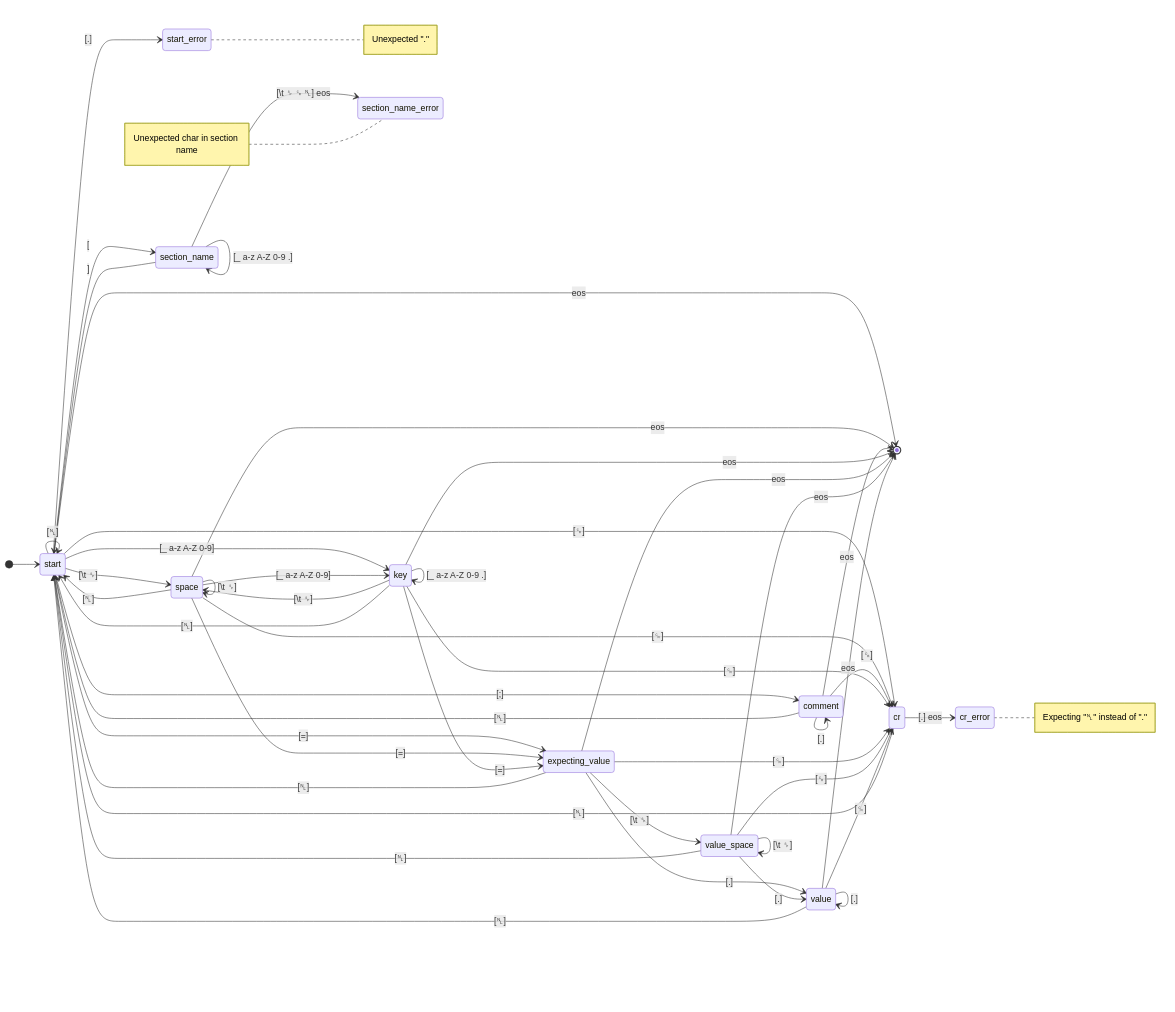
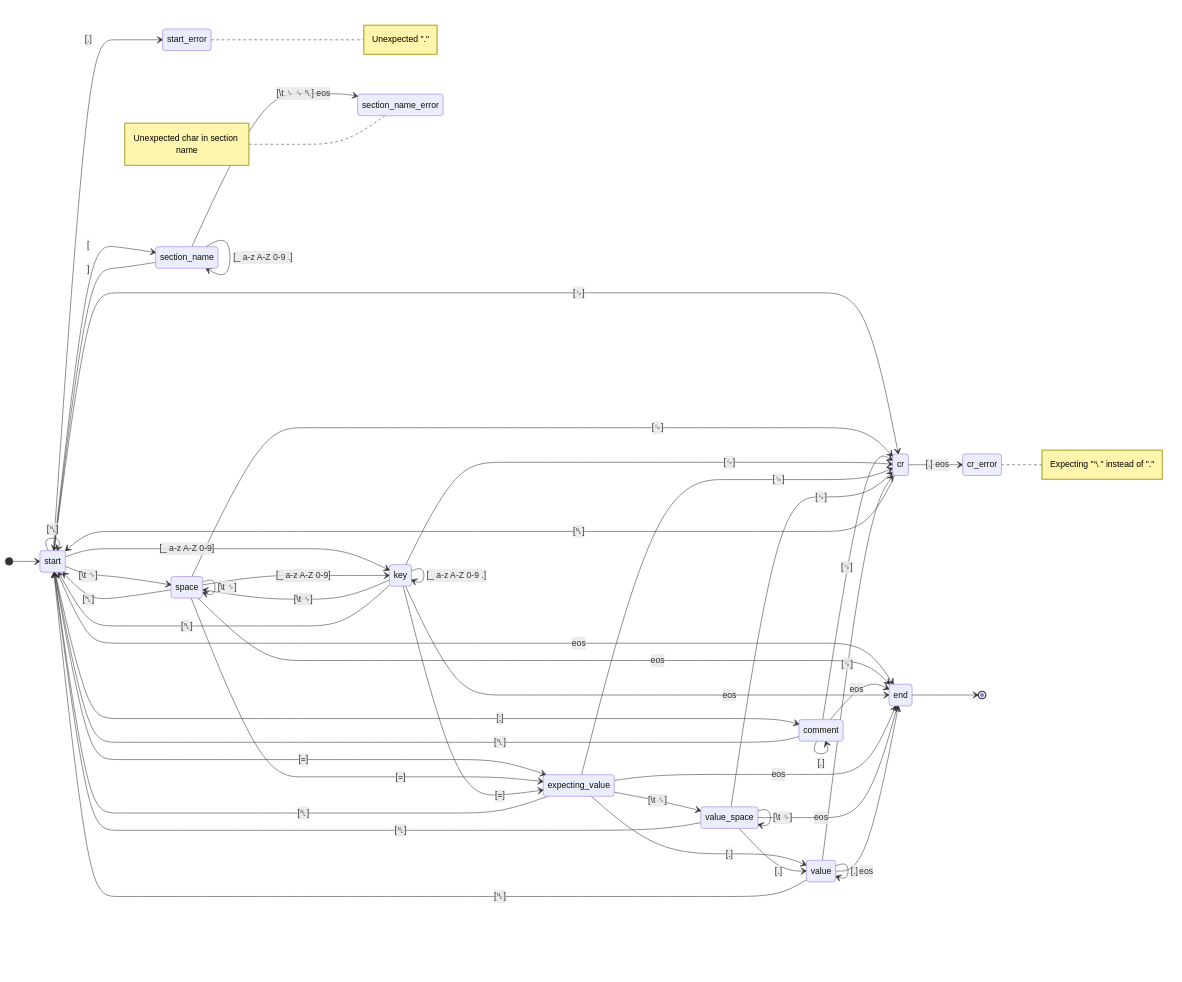
The diagram in lib/bes/config/ini/mmd/ini.mmd (reconstruir/bes), drawn with Mermaid before and after one commit. The commit also changed 1 other file, not shown here.

```diff
--- a/lib/bes/config/ini/mmd/ini.mmd
+++ b/lib/bes/config/ini/mmd/ini.mmd
@@ -1,76 +1,79 @@
 stateDiagram-v2
   direction LR
   
   %% start state
   [*] --> start
-  start --> [*]: eos
+  start --> end: eos
   start --> comment: [#0059;]
   start --> space: [\t ␠]
   start --> cr: [␍]
   start --> start: [␤]
   start --> section_name: [
   start --> key: [_ a-z A-Z 0-9]
   start --> expecting_value: [=]
   start --> start_error: [.]
   note right of start_error
     Unexpected "."
   end note
   
   %% space state
   space --> space: [\t ␠]
-  space --> [*]: eos
+  space --> end: eos
   space --> cr: [␍]
   space --> start: [␤]
   space --> key: [_ a-z A-Z 0-9]
   space --> expecting_value: [=]
   
   
   %% cr state
   cr --> start: [␤] 
   cr --> cr_error: [.] eos
   note right of cr_error
     Expecting "␤" instead of "."
   end note
 
   %% comment state
   comment --> comment: [.]
   comment --> cr: [␍]
   comment --> start: [␤]
-  comment --> [*]: eos
+  comment --> end: eos
   
   %% section_name state
   section_name --> section_name: [_ a-z A-Z 0-9 \.]
   section_name --> start: ]
   section_name --> section_name_error: [\t ␠ ␍ ␤] eos
   note left of section_name_error
     Unexpected char in section name
   end note
   
   %% key state
   key --> key: [_ a-z A-Z 0-9 \.]
   key --> space: [\t ␠]
   key --> cr: [␍]
   key --> start: [␤]
   key --> expecting_value: [=]
-  key --> [*]: eos
+  key --> end: eos
   
   %% expecting_value state
   expecting_value --> value_space: [\t ␠]
   expecting_value --> cr: [␍]
   expecting_value --> start: [␤]
-  expecting_value --> [*]: eos
+  expecting_value --> end: eos
   expecting_value --> value: [.]
 
   %% value_space state
   value_space --> value_space: [\t ␠]
   value_space --> cr: [␍]
   value_space --> start: [␤]
-  value_space --> [*]: eos
+  value_space --> end: eos
   value_space --> value: [.]
   
   %% value state
   value --> value: [.]
 %%  value --> space: [\t ␠]
   value --> cr: [␍]
   value --> start: [␤]
-  value --> [*]: eos
+  value --> end: eos
+
+  %% end state
+  end --> [*]
```
